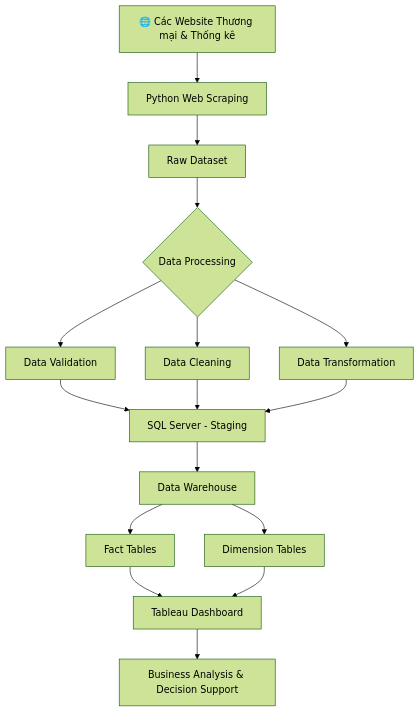
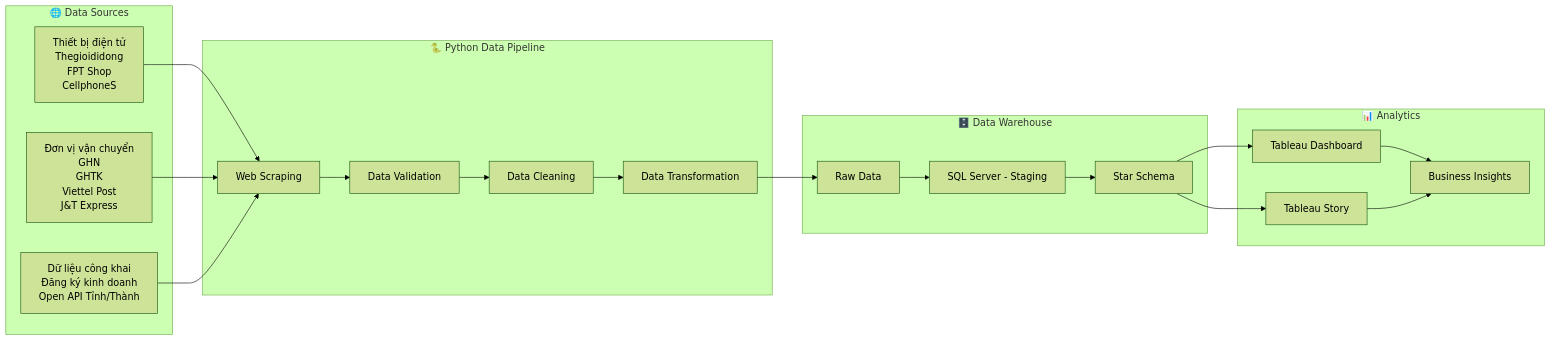
One commit to hien20062006/Infinity-Code_DATN changed the diagram in README.md. Above: the diagram before and after it, drawn with Mermaid (forest theme).

Commit message:
Enhance README with data flowchart and stages
Updated the README with detailed flowchart and data processing stages.

````diff
--- a/README.md
+++ b/README.md
@@ -9,27 +9,46 @@
 ```mermaid
-flowchart TD
+flowchart LR
 
-A["🌐 Các Website Thương mại & Thống kê"] --> B["Python Web Scraping"]
+subgraph S1["🌐 Data Sources"]
+A1["Thiết bị điện tử<br/>Thegioididong<br/>FPT Shop<br/>CellphoneS"]
+A2["Đơn vị vận chuyển<br/>GHN<br/>GHTK<br/>Viettel Post<br/>J&T Express"]
+A3["Dữ liệu công khai<br/>Đăng ký kinh doanh<br/>Open API Tỉnh/Thành"]
+end
 
-B --> C["Raw Dataset"]
+subgraph S2["🐍 Python Data Pipeline"]
+B1["Web Scraping"]
+B2["Data Validation"]
+B3["Data Cleaning"]
+B4["Data Transformation"]
+end
 
-C --> D{"Data Processing"}
+subgraph S3["🗄️ Data Warehouse"]
+C1["Raw Data"]
+C2["SQL Server - Staging"]
+C3["Star Schema"]
+end
 
-D --> D1["Data Validation"]
-D --> D2["Data Cleaning"]
-D --> D3["Data Transformation"]
+subgraph S4["📊 Analytics"]
+D1["Tableau Dashboard"]
+D2["Tableau Story"]
+D3["Business Insights"]
+end
 
-D1 --> E["SQL Server - Staging"]
-D2 --> E
-D3 --> E
+A1 --> B1
+A2 --> B1
+A3 --> B1
 
-E --> F["Data Warehouse"]
+B1 --> B2
+B2 --> B3
+B3 --> B4
 
-F --> G["Fact Tables"]
-F --> H["Dimension Tables"]
+B4 --> C1
+C1 --> C2
+C2 --> C3
 
-G --> I["Tableau Dashboard"]
-H --> I
+C3 --> D1
+C3 --> D2
 
-I --> J["Business Analysis & Decision Support"]
+D1 --> D3
+D2 --> D3
 ```
````
